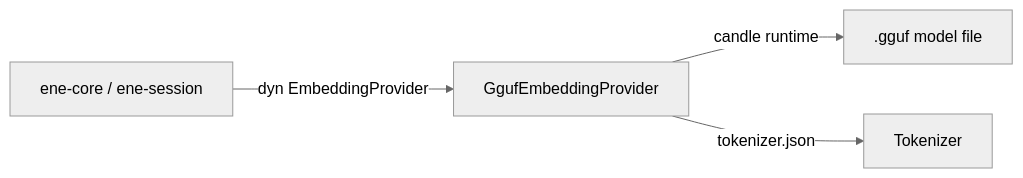
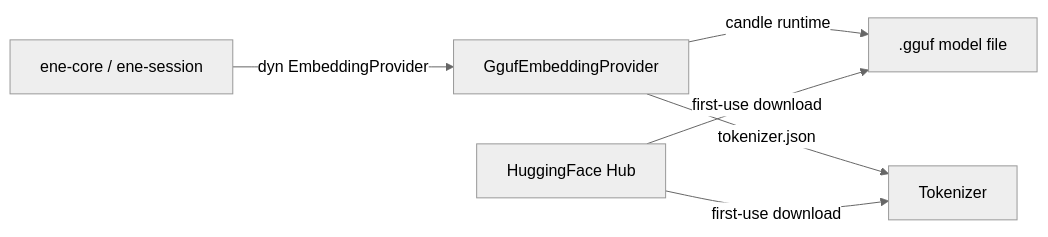
The diagram in docs/api/ene-embedding.md (pexisgle/ene), drawn with Mermaid (neutral theme) before and after one commit. The commit also changed other lines of this file and 64 other files, not shown here.

````diff
--- a/docs/api/ene-embedding.md
+++ b/docs/api/ene-embedding.md
@@ -14,6 +14,8 @@
 ```mermaid
 flowchart LR
     Core[ene-core / ene-session] -->|dyn EmbeddingProvider| GgufProv[GgufEmbeddingProvider]
     GgufProv -->|candle runtime| GGUF[".gguf model file"]
     GgufProv -->|tokenizer.json| Tok[Tokenizer]
+    HFHub[HuggingFace Hub] -->|first-use download| GGUF
+    HFHub -->|first-use download| Tok
 ```
````
